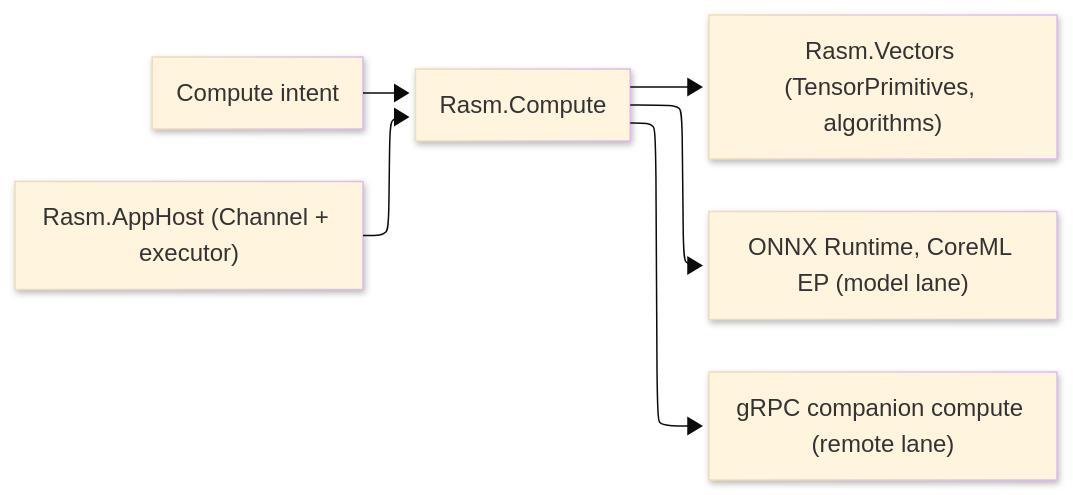
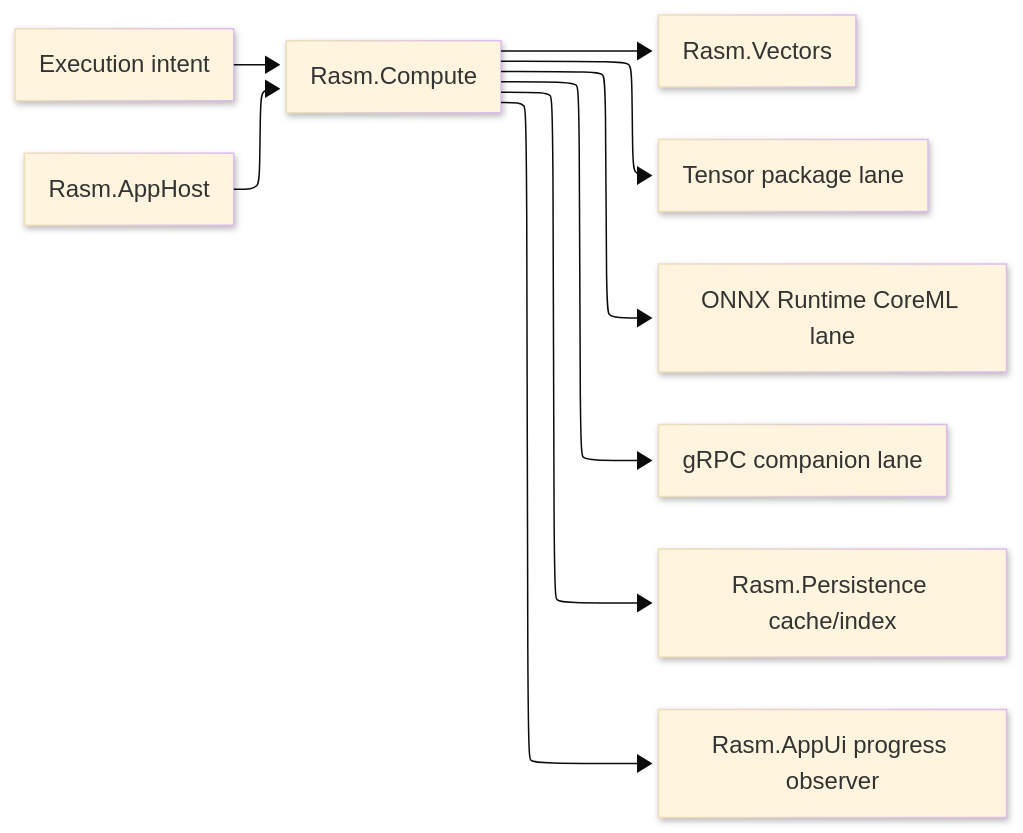
The diagram in libs/csharp/Rasm.Compute/ARCHITECTURE.md (bsamiee/Rasm), drawn with Mermaid before and after one commit. The commit also changed other lines of this file and 73 other files, not shown here.

````diff
--- a/libs/csharp/Rasm.Compute/ARCHITECTURE.md
+++ b/libs/csharp/Rasm.Compute/ARCHITECTURE.md
@@ -7,20 +7,19 @@
 ```mermaid
 ---
 config:
   layout: elk
   look: neo
   theme: base
-  elk:
-    mergeEdges: false
-    nodePlacementStrategy: BRANDES_KOEPF
-    cycleBreakingStrategy: GREEDY_MODEL_ORDER
 ---
 flowchart LR
-    accTitle: Rasm Compute measured execution boundary
-    accDescr: Compute intent enters Rasm Compute, which wraps Rasm.Vectors algorithms, model execution, and companion remote compute while AppHost owns the channel and executor.
-    Request["Compute intent"] --> Compute["Rasm.Compute"]
-    Compute --> Vectors["Rasm.Vectors (TensorPrimitives, algorithms)"]
-    Compute --> Model["ONNX Runtime, CoreML EP (model lane)"]
-    Compute --> Remote["gRPC companion compute (remote lane)"]
-    AppHost["Rasm.AppHost (Channel + executor)"] --> Compute
+    accTitle: Compute measured execution
+    accDescr: Compute accepts execution intent, selects a substrate, calls vector/model/remote lanes, emits receipts, and leaves dispatch and storage to AppHost and Persistence.
+    Intent["Execution intent"] --> Compute["Rasm.Compute"]
+    Compute --> Vectors["Rasm.Vectors"]
+    Compute --> Tensor["Tensor package lane"]
+    Compute --> Model["ONNX Runtime CoreML lane"]
+    Compute --> Remote["gRPC companion lane"]
+    Host["Rasm.AppHost"] --> Compute
+    Compute --> Store["Rasm.Persistence cache/index"]
+    Compute --> Ui["Rasm.AppUi progress observer"]
 ```
````
